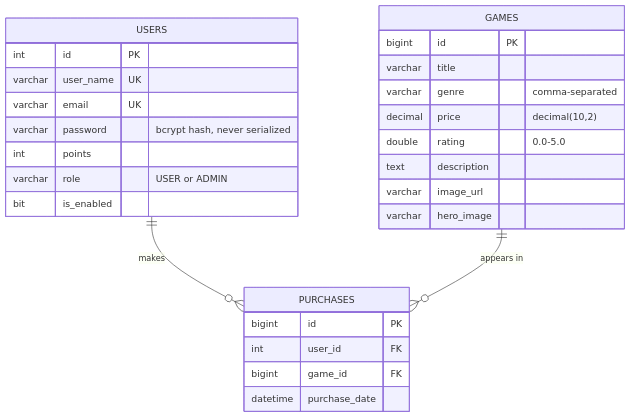
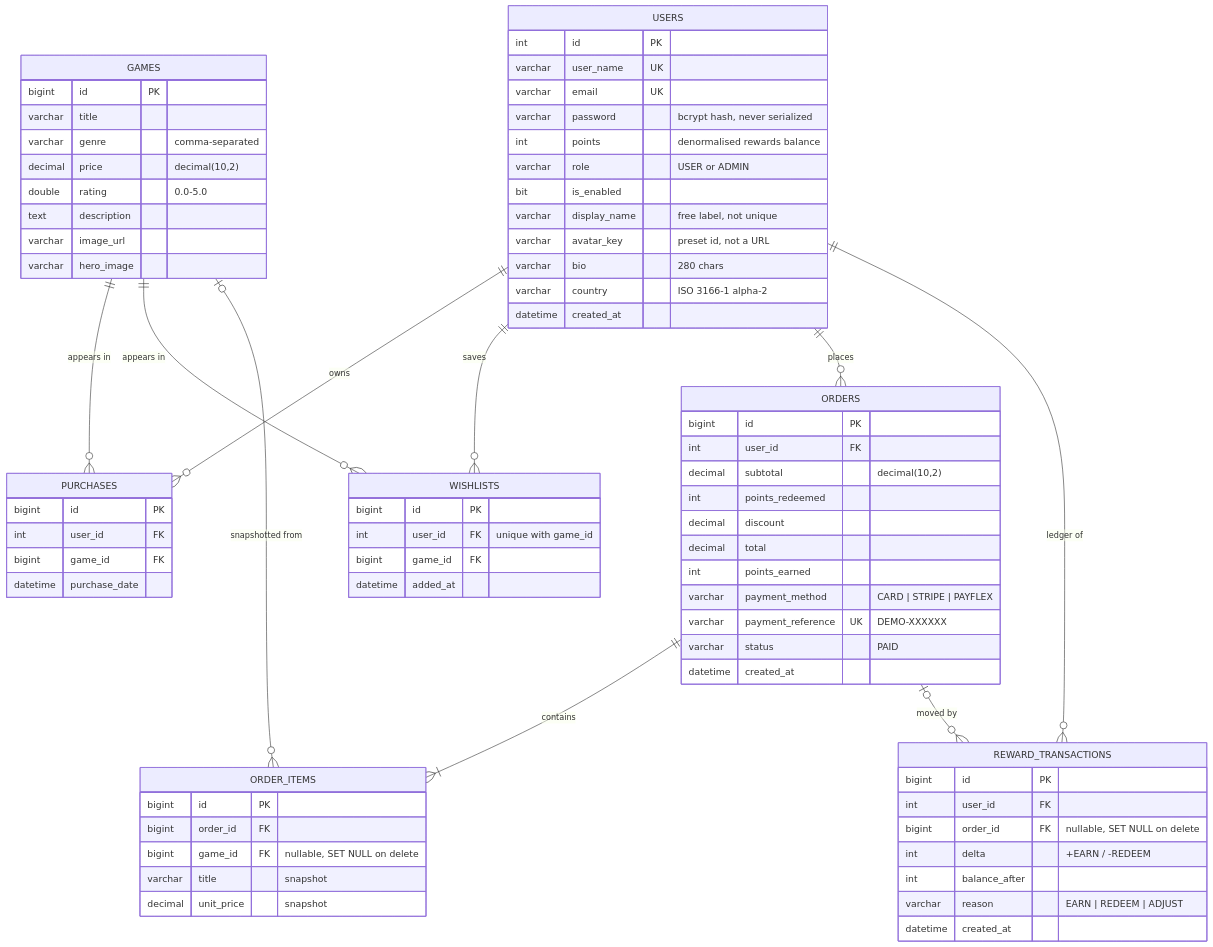
Before and after one commit to Robotbino/gameStore-backend: the second of 2 diagrams in README.md, drawn with Mermaid. The commit also changed other lines of this file and 7 other files, not shown here.

First line of the commit message:
docs: cover wishlist, orders, rewards, profile endpoints and the 404 backstop

````diff
--- a/README.md
+++ b/README.md
@@ -334,31 +517,78 @@
 ```mermaid
 erDiagram
-    USERS ||--o{ PURCHASES : makes
+    USERS ||--o{ PURCHASES : owns
     GAMES ||--o{ PURCHASES : "appears in"
+    USERS ||--o{ WISHLISTS : saves
+    GAMES ||--o{ WISHLISTS : "appears in"
+    USERS ||--o{ ORDERS : places
+    ORDERS ||--|{ ORDER_ITEMS : contains
+    GAMES |o--o{ ORDER_ITEMS : "snapshotted from"
+    USERS ||--o{ REWARD_TRANSACTIONS : "ledger of"
+    ORDERS |o--o{ REWARD_TRANSACTIONS : "moved by"
 
     USERS {
         int id PK
         varchar user_name UK
         varchar email UK
         varchar password "bcrypt hash, never serialized"
-        int points
+        int points "denormalised rewards balance"
         varchar role "USER or ADMIN"
         bit is_enabled
+        varchar display_name "free label, not unique"
+        varchar avatar_key "preset id, not a URL"
+        varchar bio "280 chars"
+        varchar country "ISO 3166-1 alpha-2"
+        datetime created_at
     }
     GAMES {
         bigint id PK
         varchar title
         varchar genre "comma-separated"
         decimal price "decimal(10,2)"
         double rating "0.0-5.0"
         text description
         varchar image_url
         varchar hero_image
     }
     PURCHASES {
         bigint id PK
         int user_id FK
         bigint game_id FK
         datetime purchase_date
     }
+    WISHLISTS {
+        bigint id PK
+        int user_id FK "unique with game_id"
+        bigint game_id FK
+        datetime added_at
+    }
+    ORDERS {
+        bigint id PK
+        int user_id FK
+        decimal subtotal "decimal(10,2)"
+        int points_redeemed
+        decimal discount
+        decimal total
+        int points_earned
+        varchar payment_method "CARD | STRIPE | PAYFLEX"
+        varchar payment_reference UK "DEMO-XXXXXX"
+        varchar status "PAID"
+        datetime created_at
+    }
+    ORDER_ITEMS {
+        bigint id PK
+        bigint order_id FK
+        bigint game_id FK "nullable, SET NULL on delete"
+        varchar title "snapshot"
+        decimal unit_price "snapshot"
+    }
+    REWARD_TRANSACTIONS {
+        bigint id PK
+        int user_id FK
+        bigint order_id FK "nullable, SET NULL on delete"
+        int delta "+EARN / -REDEEM"
+        int balance_after
+        varchar reason "EARN | REDEEM | ADJUST"
+        datetime created_at
+    }
 ```
````
